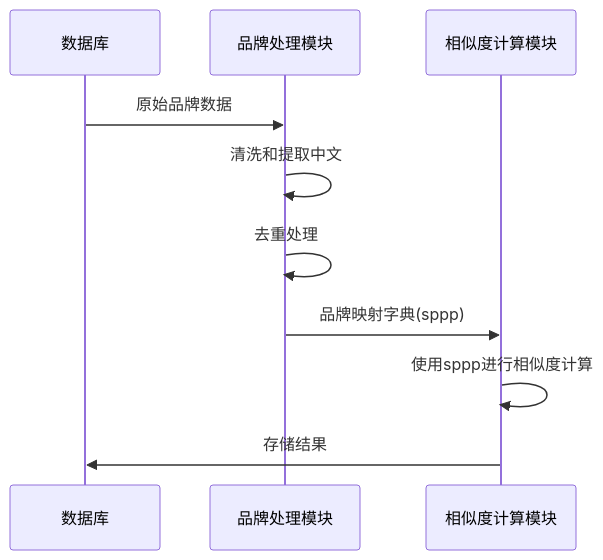
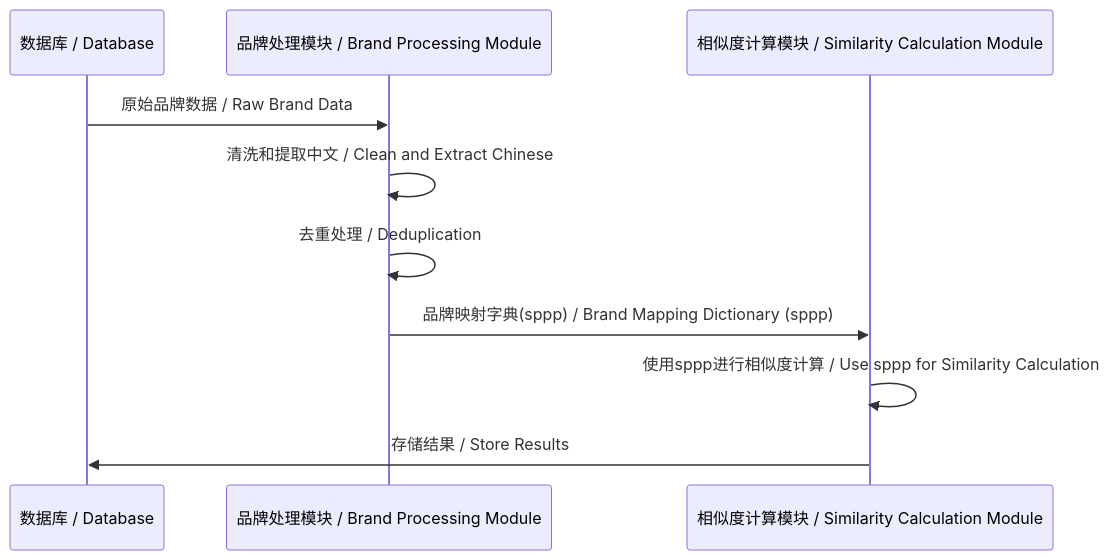
One commit to 041008Ashley/2025-ProductTitleMatchingAnalysis changed the tenth of 10 diagrams in README.md. Above: the diagram before and after it, drawn with Mermaid. The commit also changed other lines of this file, not shown here.

````diff
--- a/README.md
+++ b/README.md
@@ -526,13 +524,13 @@
 ```mermaid
 sequenceDiagram
-    participant 数据库
-    participant 品牌处理模块
-    participant 相似度计算模块
+    participant 数据库 / Database
+    participant 品牌处理模块 / Brand Processing Module
+    participant 相似度计算模块 / Similarity Calculation Module
     
-    数据库->>品牌处理模块: 原始品牌数据
-    品牌处理模块->>品牌处理模块: 清洗和提取中文
-    品牌处理模块->>品牌处理模块: 去重处理
-    品牌处理模块->>相似度计算模块: 品牌映射字典(sppp)
-    相似度计算模块->>相似度计算模块: 使用sppp进行相似度计算
-    相似度计算模块->>数据库: 存储结果
+    数据库 / Database->>品牌处理模块 / Brand Processing Module: 原始品牌数据 / Raw Brand Data
+    品牌处理模块 / Brand Processing Module->>品牌处理模块 / Brand Processing Module: 清洗和提取中文 / Clean and Extract Chinese
+    品牌处理模块 / Brand Processing Module->>品牌处理模块 / Brand Processing Module: 去重处理 / Deduplication
+    品牌处理模块 / Brand Processing Module->>相似度计算模块 / Similarity Calculation Module: 品牌映射字典(sppp) / Brand Mapping Dictionary (sppp)
+    相似度计算模块 / Similarity Calculation Module->>相似度计算模块 / Similarity Calculation Module: 使用sppp进行相似度计算 / Use sppp for Similarity Calculation
+    相似度计算模块 / Similarity Calculation Module->>数据库 / Database: 存储结果 / Store Results
 ```
````
